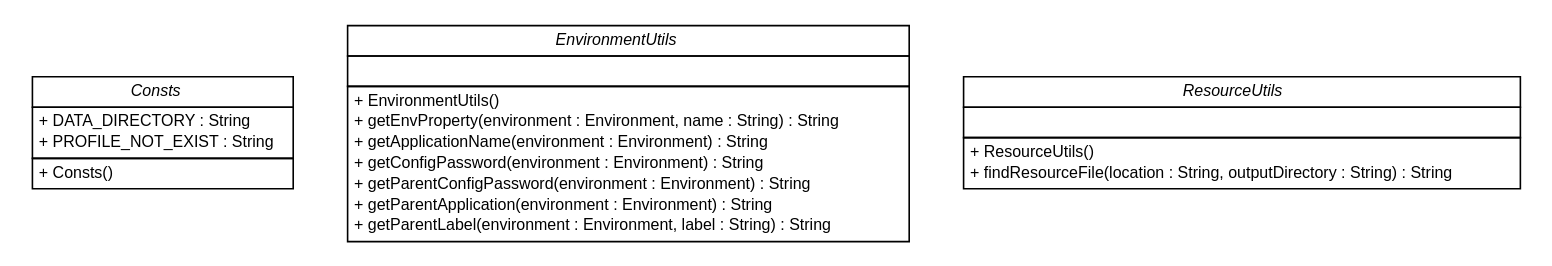
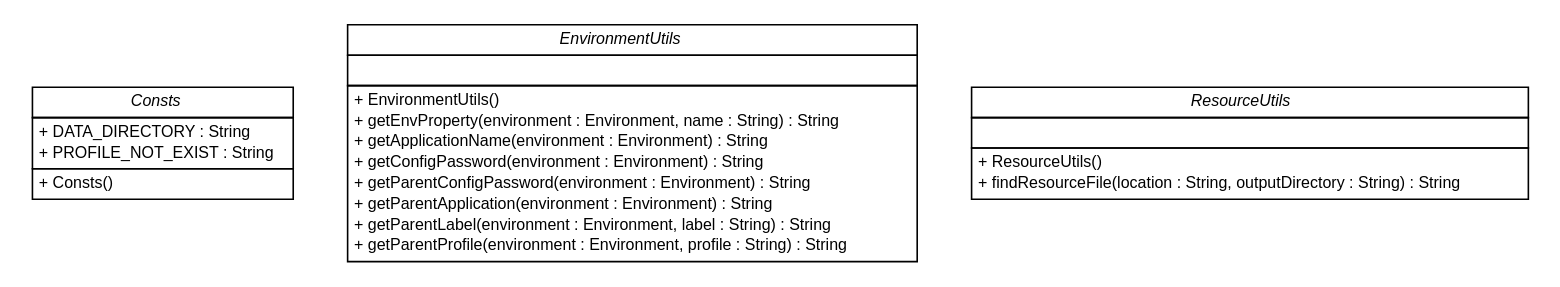
Before and after one commit to sfeng9d/spring-cloud-config: the diagram in snapshot/build-docker/maven-build-java8/spring-cloud-config/spring-cloud-config-server/apidocs/cn/home1/cloud/config/server/util/cn.home1.cloud.config.server.util.dot, drawn with Graphviz. The commit also changed 97 other files, not shown here.

```diff
--- a/snapshot/build-docker/maven-build-java8/spring-cloud-config/spring-cloud-config-server/apidocs/cn/home1/cloud/config/server/util/cn.home1.cloud.config.server.util.dot
+++ b/snapshot/build-docker/maven-build-java8/spring-cloud-config/spring-cloud-config-server/apidocs/cn/home1/cloud/config/server/util/cn.home1.cloud.config.server.util.dot
@@ -1,56 +1,57 @@
 #!/usr/local/bin/dot
 #
 # Class diagram 
 # Generated by UMLGraph version R5_6-24-gf6e263 (http://www.umlgraph.org/)
 #
 
 digraph G {
 	edge [fontname="Helvetica",fontsize=10,labelfontname="Helvetica",labelfontsize=10];
 	node [fontname="Helvetica",fontsize=10,shape=plaintext];
 	nodesep=0.25;
 	ranksep=0.5;
 	// cn.home1.cloud.config.server.util.Consts
 	c0 [label=<<table title="cn.home1.cloud.config.server.util.Consts" border="0" cellborder="1" cellspacing="0" cellpadding="2" port="p" href="./Consts.html">
 		<tr><td><table border="0" cellspacing="0" cellpadding="1">
 <tr><td align="center" balign="center"><font face="Helvetica-Oblique"> Consts </font></td></tr>
 		</table></td></tr>
 		<tr><td><table border="0" cellspacing="0" cellpadding="1">
 <tr><td align="left" balign="left"> + DATA_DIRECTORY : String </td></tr>
 <tr><td align="left" balign="left"> + PROFILE_NOT_EXIST : String </td></tr>
 		</table></td></tr>
 		<tr><td><table border="0" cellspacing="0" cellpadding="1">
 <tr><td align="left" balign="left"> + Consts() </td></tr>
 		</table></td></tr>
 		</table>>, URL="./Consts.html", fontname="Helvetica", fontcolor="black", fontsize=10.0];
 	// cn.home1.cloud.config.server.util.EnvironmentUtils
 	c1 [label=<<table title="cn.home1.cloud.config.server.util.EnvironmentUtils" border="0" cellborder="1" cellspacing="0" cellpadding="2" port="p" href="./EnvironmentUtils.html">
 		<tr><td><table border="0" cellspacing="0" cellpadding="1">
 <tr><td align="center" balign="center"><font face="Helvetica-Oblique"> EnvironmentUtils </font></td></tr>
 		</table></td></tr>
 		<tr><td><table border="0" cellspacing="0" cellpadding="1">
 <tr><td align="left" balign="left">  </td></tr>
 		</table></td></tr>
 		<tr><td><table border="0" cellspacing="0" cellpadding="1">
 <tr><td align="left" balign="left"> + EnvironmentUtils() </td></tr>
 <tr><td align="left" balign="left"> + getEnvProperty(environment : Environment, name : String) : String </td></tr>
 <tr><td align="left" balign="left"> + getApplicationName(environment : Environment) : String </td></tr>
 <tr><td align="left" balign="left"> + getConfigPassword(environment : Environment) : String </td></tr>
 <tr><td align="left" balign="left"> + getParentConfigPassword(environment : Environment) : String </td></tr>
 <tr><td align="left" balign="left"> + getParentApplication(environment : Environment) : String </td></tr>
 <tr><td align="left" balign="left"> + getParentLabel(environment : Environment, label : String) : String </td></tr>
+<tr><td align="left" balign="left"> + getParentProfile(environment : Environment, profile : String) : String </td></tr>
 		</table></td></tr>
 		</table>>, URL="./EnvironmentUtils.html", fontname="Helvetica", fontcolor="black", fontsize=10.0];
 	// cn.home1.cloud.config.server.util.ResourceUtils
 	c2 [label=<<table title="cn.home1.cloud.config.server.util.ResourceUtils" border="0" cellborder="1" cellspacing="0" cellpadding="2" port="p" href="./ResourceUtils.html">
 		<tr><td><table border="0" cellspacing="0" cellpadding="1">
 <tr><td align="center" balign="center"><font face="Helvetica-Oblique"> ResourceUtils </font></td></tr>
 		</table></td></tr>
 		<tr><td><table border="0" cellspacing="0" cellpadding="1">
 <tr><td align="left" balign="left">  </td></tr>
 		</table></td></tr>
 		<tr><td><table border="0" cellspacing="0" cellpadding="1">
 <tr><td align="left" balign="left"> + ResourceUtils() </td></tr>
 <tr><td align="left" balign="left"> + findResourceFile(location : String, outputDirectory : String) : String </td></tr>
 		</table></td></tr>
 		</table>>, URL="./ResourceUtils.html", fontname="Helvetica", fontcolor="black", fontsize=10.0];
 }
```
